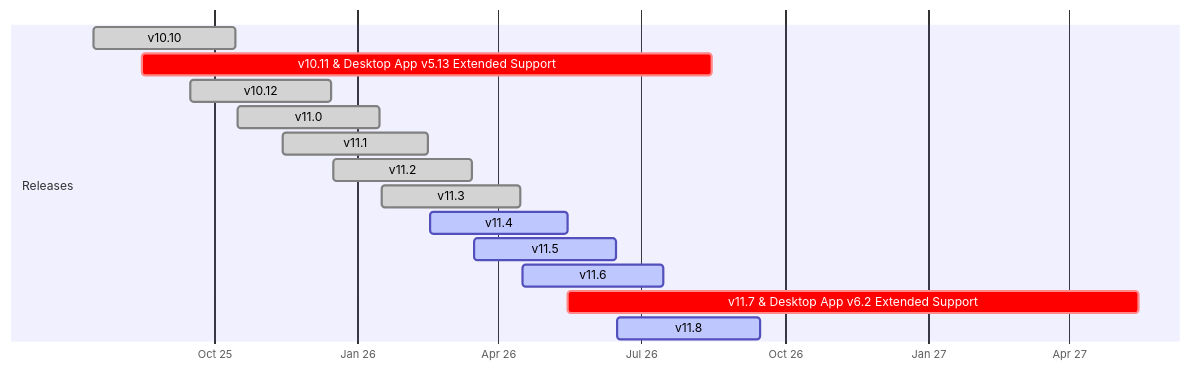
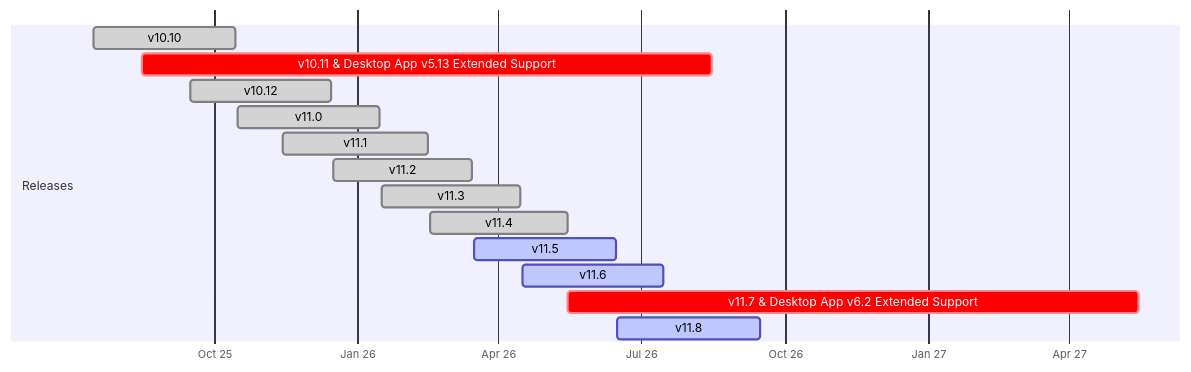
Before and after one commit to mattermost/docs: the diagram in source/product-overview/release-policy.md, drawn with Mermaid.

````diff
--- a/source/product-overview/release-policy.md
+++ b/source/product-overview/release-policy.md
@@ -44,20 +44,20 @@
 ```{mermaid}
 
 gantt
     dateFormat  YYYY-MM-DD
     axisFormat  %b %y
 
     section Releases
     v10.10                 :done, 2025-07-16, 2025-10-15
     v10.11 & Desktop App v5.13 Extended Support :crit,    2025-08-16, 2026-08-15
     v10.12                 :done, 2025-09-16, 2025-12-15
     v11.0                  :done, 2025-10-16, 2026-01-15
     v11.1                  :done, 2025-11-14, 2026-02-15
     v11.2                  :done, 2025-12-16, 2026-03-15
     v11.3                  :done, 2026-01-16, 2026-04-15
-    v11.4                  :active, 2026-02-16, 2026-05-15
+    v11.4                  :done, 2026-02-16, 2026-05-15
     v11.5                  :active, 2026-03-16, 2026-06-15
     v11.6                  :active, 2026-04-16, 2026-07-15
     v11.7 & Desktop App v6.2 Extended Support :crit,    2026-05-15, 2027-05-15
     v11.8                  :active, 2026-06-16, 2026-09-15
 ```
````
